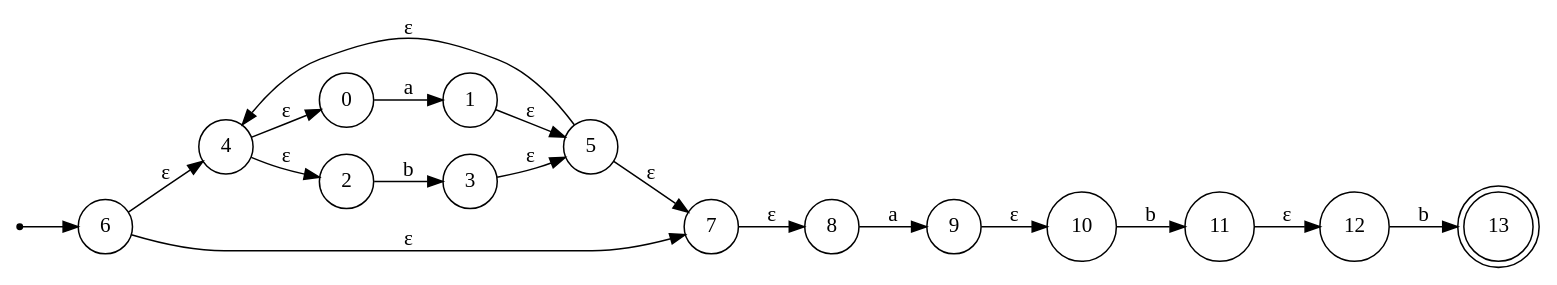
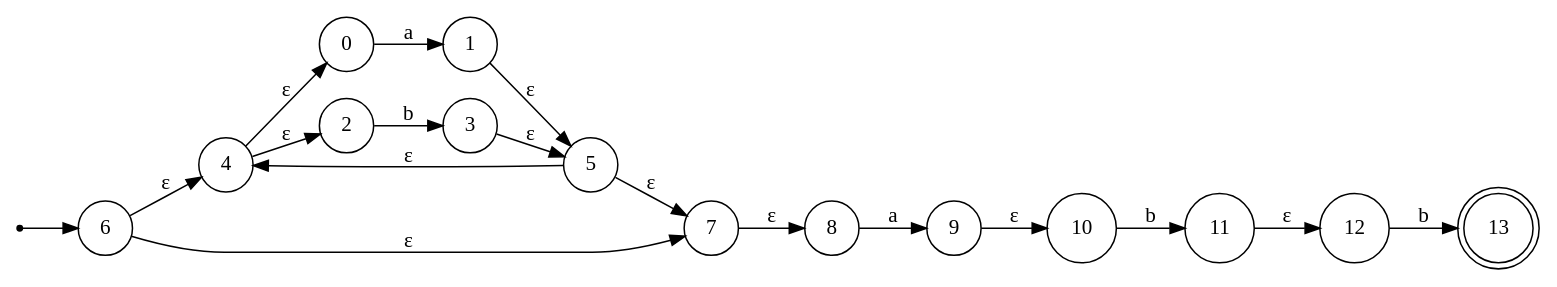
Before and after one commit to chihebbhy/Compilation: the diagram in automates/exemple.dot, drawn with Graphviz. The commit also changed other lines of this file and 9 other files, not shown here.

```diff
--- a/automates/exemple.dot
+++ b/automates/exemple.dot
@@ -1,23 +1,23 @@
 digraph AFN {
   rankdir=LR;
   node [shape=circle];
   __start [shape=point];
   __start -> 6;
   13 [shape=doublecircle];
   0 -> 1 [label="a"];
-  1 -> 5 [label="ε"];
   2 -> 3 [label="b"];
-  3 -> 5 [label="ε"];
   4 -> 0 [label="ε"];
   4 -> 2 [label="ε"];
+  1 -> 5 [label="ε"];
+  3 -> 5 [label="ε"];
+  6 -> 4 [label="ε"];
+  5 -> 7 [label="ε"];
   5 -> 4 [label="ε"];
-  5 -> 7 [label="ε"];
-  6 -> 4 [label="ε"];
   6 -> 7 [label="ε"];
+  8 -> 9 [label="a"];
   7 -> 8 [label="ε"];
-  8 -> 9 [label="a"];
+  10 -> 11 [label="b"];
   9 -> 10 [label="ε"];
-  10 -> 11 [label="b"];
+  12 -> 13 [label="b"];
   11 -> 12 [label="ε"];
-  12 -> 13 [label="b"];
 }
```
